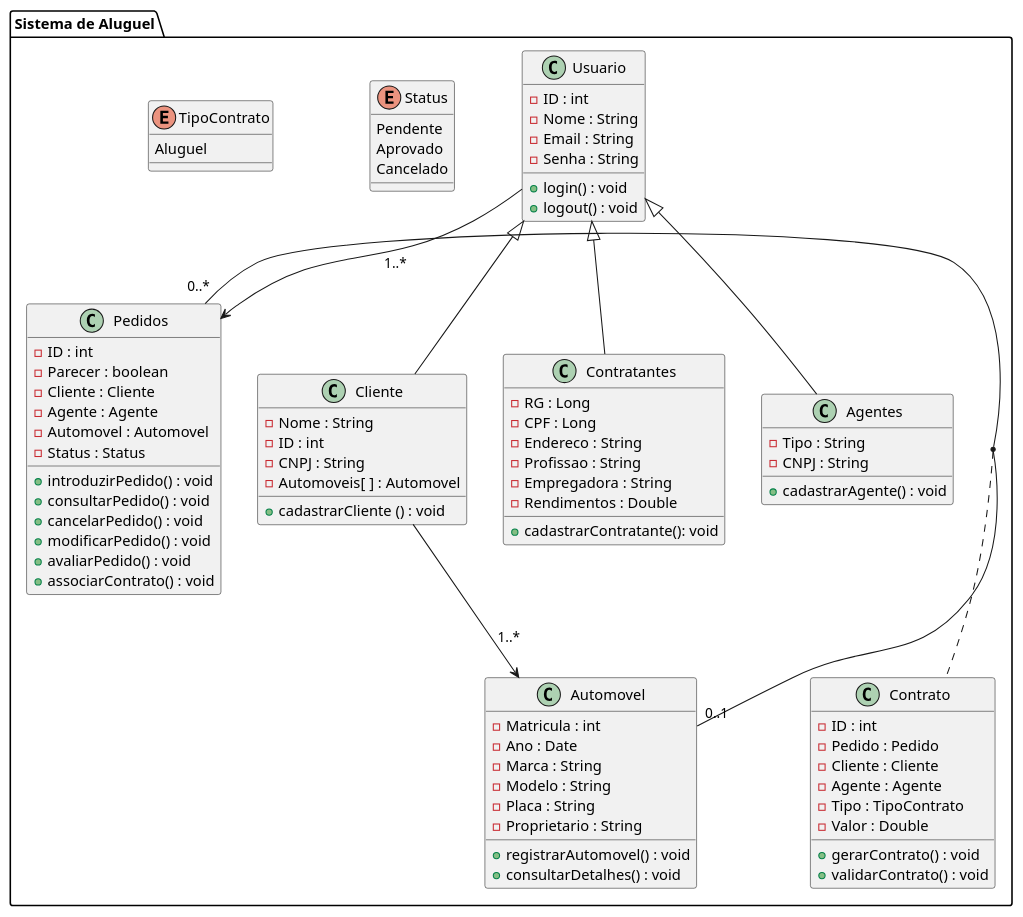
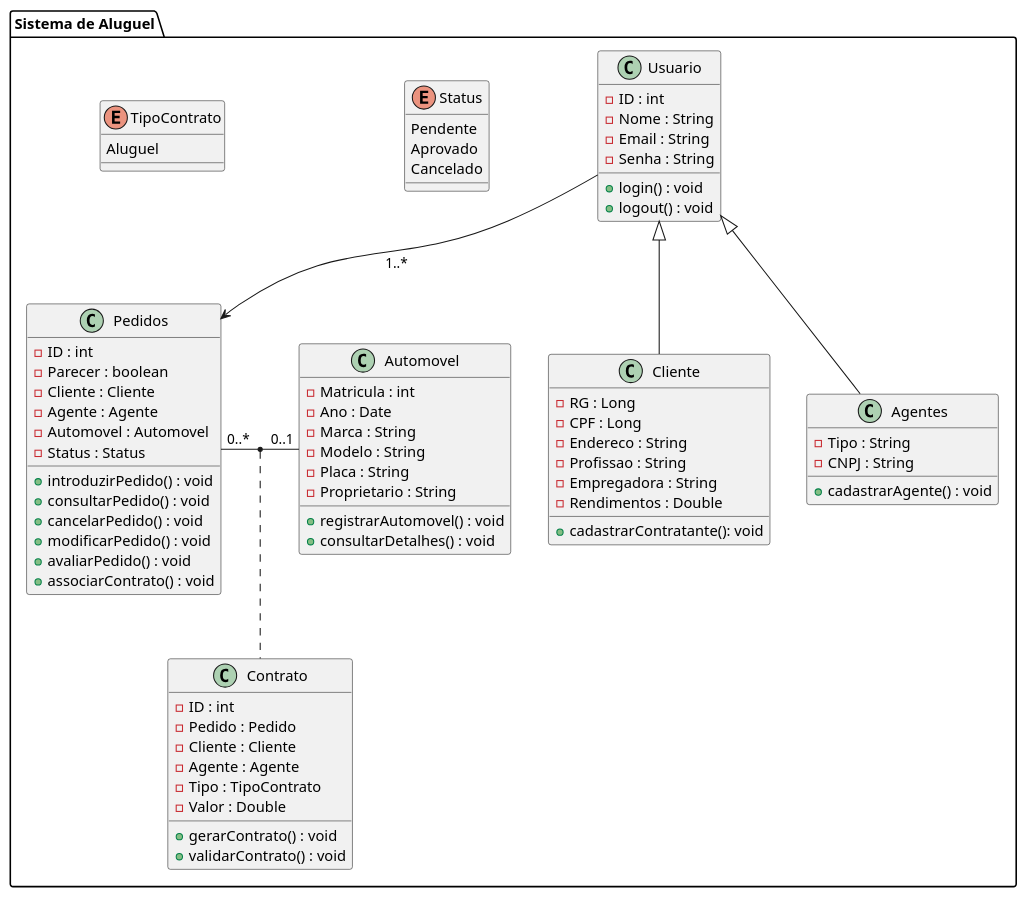
One commit to Lucas-FV/LAB02_DesenvolvimentoDeSoftware changed the diagram in Projeto/DiagramaDeClasse/DiagramaClasse.wsd. Above: the diagram before and after it, drawn with PlantUML. The commit also changed 8 other files, not shown here.

```diff
--- a/Projeto/DiagramaDeClasse/DiagramaClasse.wsd
+++ b/Projeto/DiagramaDeClasse/DiagramaClasse.wsd
@@ -1,94 +1,85 @@
 @startuml diagramaDeClasse
 
 package "Sistema de Aluguel" {
     class Usuario {
         - ID : int
         - Nome : String
         - Email : String
         - Senha : String
         + login() : void
         + logout() : void
     }
     
-    class Contratantes {
+    class Cliente {
         - RG : Long
         - CPF : Long
         - Endereco : String
         - Profissao : String
         - Empregadora : String
         - Rendimentos : Double
         + cadastrarContratante(): void
     }
     
     class Agentes {
         - Tipo : String
         - CNPJ : String
         + cadastrarAgente() : void
     }
     
     class Pedidos {
         - ID : int
         - Parecer : boolean
         - Cliente : Cliente
         - Agente : Agente
         - Automovel : Automovel
         - Status : Status
         + introduzirPedido() : void
         + consultarPedido() : void
         + cancelarPedido() : void
         + modificarPedido() : void
         + avaliarPedido() : void
         + associarContrato() : void
     }
     
     class Contrato {
         - ID : int
         - Pedido : Pedido
         - Cliente : Cliente
         - Agente : Agente
         - Tipo : TipoContrato
         - Valor : Double
         + gerarContrato() : void
         + validarContrato() : void
     }
     
     class Automovel {
         - Matricula : int
         - Ano : Date
         - Marca : String
         - Modelo : String
         - Placa : String
         - Proprietario : String
         + registrarAutomovel() : void
         + consultarDetalhes() : void
     }
 
-    class Cliente{
-     - Nome : String
-     - ID : int
-     - CNPJ : String
-     - Automoveis[ ] : Automovel
-     + cadastrarCliente () : void
-    }
-    
     enum Status {
         Pendente
         Aprovado
         Cancelado
     }
     
     enum TipoContrato {
         Aluguel
     }
     
-    Usuario <|-- Contratantes
+
     Usuario <|-- Agentes
     Usuario <|-- Cliente
     Usuario --> Pedidos : "1..*"
-    Cliente --> Automovel : "1..*"
     
     Pedidos "0..*" - "0..1" Automovel
     (Pedidos, Automovel) .. Contrato
 }
 
 @enduml
```
